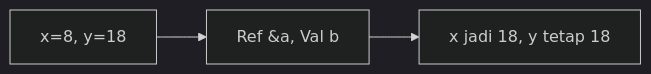
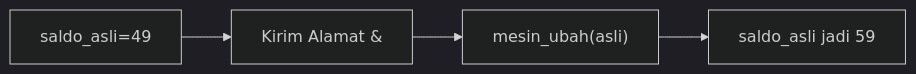
Diagram 11 of 25 in part-c-pemahaman-cpp/04-fungsi/latihan/set-12.md (amnahwaida/OSNK_INF_PREP), drawn with Mermaid (dark theme) before and after one commit. The commit also changed other lines of this file and 71 other files, not shown here.

````diff
--- a/part-c-pemahaman-cpp/04-fungsi/latihan/set-12.md
+++ b/part-c-pemahaman-cpp/04-fungsi/latihan/set-12.md
@@ -286,5 +301,6 @@
 ```mermaid
 graph LR
-A["x=8, y=18"] --> B["Ref &a, Val b"]
-B --> C["x jadi 18, y tetap 18"]
+A["saldo_asli=49"] --> B["Kirim Alamat &"]
+B --> C["mesin_ubah(asli)"]
+C --> D["saldo_asli jadi 59"]
 ```
````
